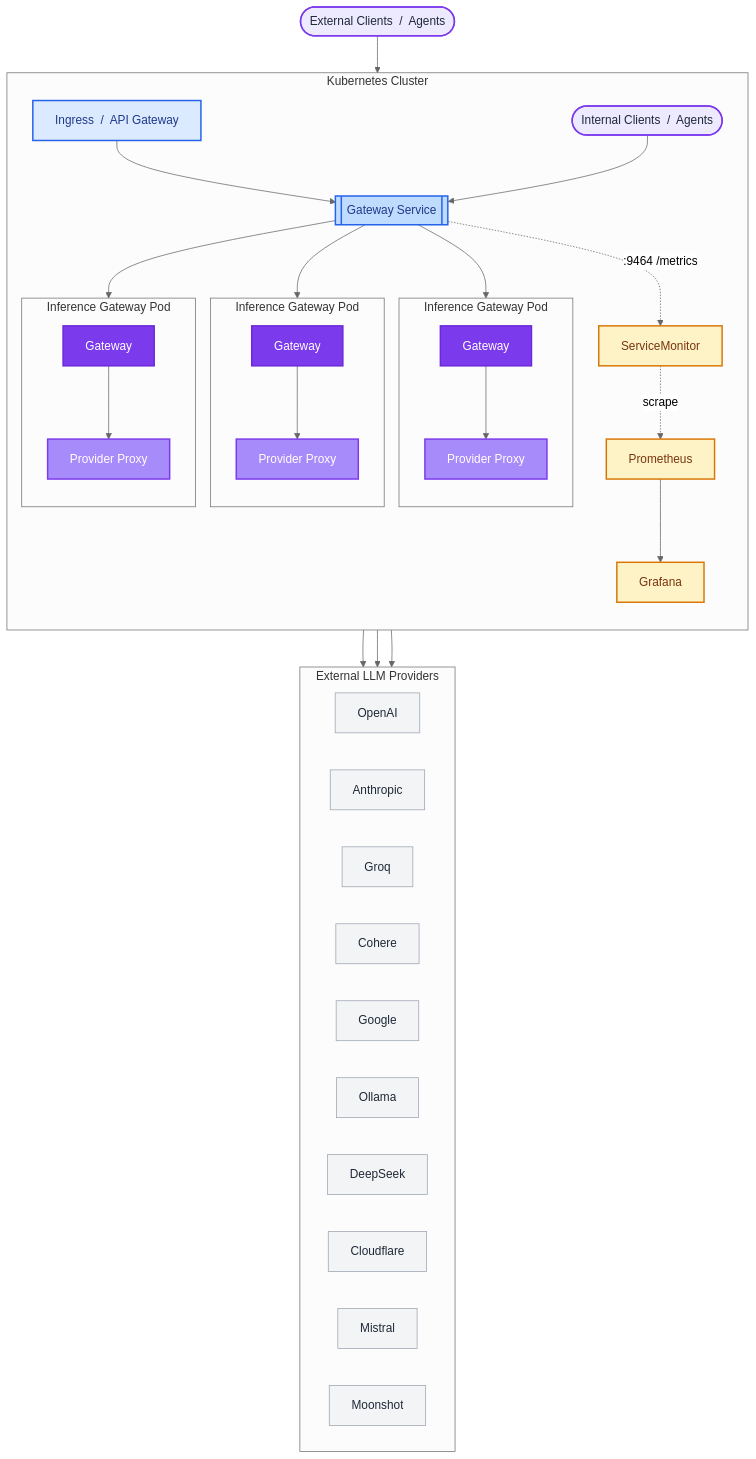
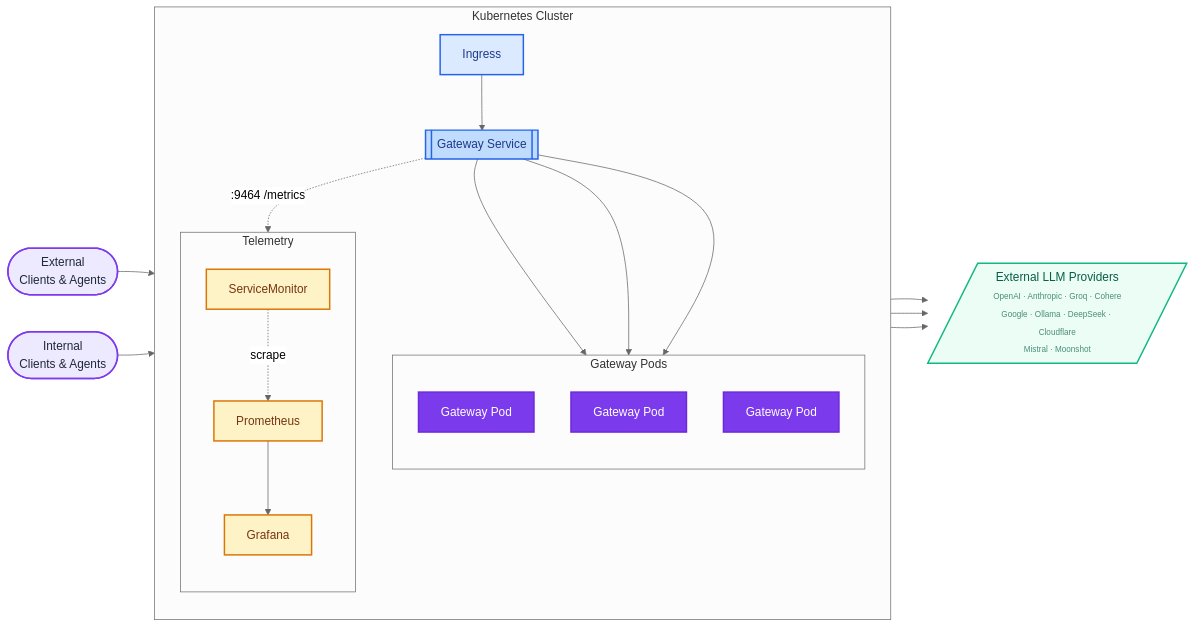
One commit to inference-gateway/docs changed the second of 2 diagrams in architecture-overview.md. Above: the diagram before and after it, drawn with Mermaid (neutral theme). The commit also changed other lines of this file, not shown here.

Commit message:
fix(docs): Stop stacking providers - use trapezoid + LR layout
The previous architecture diagram listed each provider as its
own node inside a subgraph with `direction LR`. Mermaid ignores
that direction hint when the parent flowchart is TD and the
subgraph has no internal edges, so all 10 providers stacked
vertically into an unreadably tall column.

Fix:

- Diagrams now flow LR end-to-end (matches how pages wide-screen
  readers actually consume them) instead of TD.
- Providers collapse into a single trapezoid "LLM Providers"
  terminal with all names listed as inline text. The full matrix
  lives on /supported-providers, where it belongs.
- General Overview: gateway replicas grouped under a "Gateway
  Tier" subgraph - clearer that it's an HA cluster rather than
  three arbitrary boxes.
- Kubernetes Setup: pods grouped under "Gateway Pods", telemetry
  isolated in its own subgraph so the metrics path reads as
  distinct from the request path.

````diff
--- a/architecture-overview.md
+++ b/architecture-overview.md
@@ -65,67 +57,55 @@
 ```mermaid
-flowchart TD
-    ExtClient(["External Clients &nbsp;/&nbsp; Agents"])
+flowchart LR
+    ExtClient(["External<br/>Clients &amp; Agents"])
+    IntClient(["Internal<br/>Clients &amp; Agents"])
+    Providers[/"External LLM Providers<br/><span style='font-size:11px;opacity:0.7'>OpenAI · Anthropic · Groq · Cohere<br/>Google · Ollama · DeepSeek · Cloudflare<br/>Mistral · Moonshot"</span>/]
 
     subgraph Cluster["Kubernetes Cluster"]
         direction TB
-        Ingress["Ingress &nbsp;/&nbsp; API Gateway"]
+        Ingress["Ingress"]
         Svc[["Gateway Service"]]
-        IntClient(["Internal Clients &nbsp;/&nbsp; Agents"])
+
+        subgraph Pods["Gateway Pods"]
+            direction TB
+            Pod1["Gateway Pod"]
+            Pod2["Gateway Pod"]
+            Pod3["Gateway Pod"]
+        end
 
         Ingress --> Svc
-        IntClient --> Svc
-
         Svc --> Pod1
         Svc --> Pod2
         Svc --> Pod3
 
-        subgraph Pod1["Inference Gateway Pod"]
-            IG1["Gateway"] --> PP1["Provider Proxy"]
-        end
-        subgraph Pod2["Inference Gateway Pod"]
-            IG2["Gateway"] --> PP2["Provider Proxy"]
-        end
-        subgraph Pod3["Inference Gateway Pod"]
-            IG3["Gateway"] --> PP3["Provider Proxy"]
+        subgraph Telemetry["Telemetry"]
+            direction TB
+            SM["ServiceMonitor"]
+            Prom["Prometheus"]
+            Graf["Grafana"]
+            SM -. "scrape" .-> Prom
+            Prom --> Graf
         end
 
-        Svc -. ":9464 /metrics" .-> SM["ServiceMonitor"]
-        SM -. "scrape" .-> Prom["Prometheus"]
-        Prom --> Graf["Grafana"]
-    end
-
-    subgraph Providers["External LLM Providers"]
-        direction LR
-        P_OpenAI["OpenAI"]
-        P_Anthropic["Anthropic"]
-        P_Groq["Groq"]
-        P_Cohere["Cohere"]
-        P_Google["Google"]
-        P_Ollama["Ollama"]
-        P_DeepSeek["DeepSeek"]
-        P_Cloudflare["Cloudflare"]
-        P_Mistral["Mistral"]
-        P_Moonshot["Moonshot"]
+        Svc -. ":9464 /metrics" .-> SM
     end
 
     ExtClient --> Ingress
-    PP1 --> Providers
-    PP2 --> Providers
-    PP3 --> Providers
+    IntClient --> Svc
+    Pod1 --> Providers
+    Pod2 --> Providers
+    Pod3 --> Providers
 
     classDef client fill:#ede9fe,stroke:#7c3aed,stroke-width:2px,color:#1f2937
     classDef ingress fill:#dbeafe,stroke:#2563eb,stroke-width:2px,color:#1e3a8a
     classDef service fill:#bfdbfe,stroke:#2563eb,stroke-width:2px,color:#1e3a8a
     classDef gateway fill:#7c3aed,stroke:#6d28d9,stroke-width:2px,color:#ffffff
-    classDef proxy fill:#a78bfa,stroke:#7c3aed,stroke-width:2px,color:#ffffff
     classDef monitor fill:#fef3c7,stroke:#d97706,stroke-width:2px,color:#78350f
-    classDef provider fill:#f3f4f6,stroke:#9ca3af,stroke-width:1px,color:#1f2937
+    classDef provider fill:#ecfdf5,stroke:#10b981,stroke-width:2px,color:#065f46
 
     class ExtClient,IntClient client
     class Ingress ingress
     class Svc service
-    class IG1,IG2,IG3 gateway
-    class PP1,PP2,PP3 proxy
+    class Pod1,Pod2,Pod3 gateway
     class SM,Prom,Graf monitor
-    class P_OpenAI,P_Anthropic,P_Groq,P_Cohere,P_Google,P_Ollama,P_DeepSeek,P_Cloudflare,P_Mistral,P_Moonshot provider
+    class Providers provider
 ```
````
